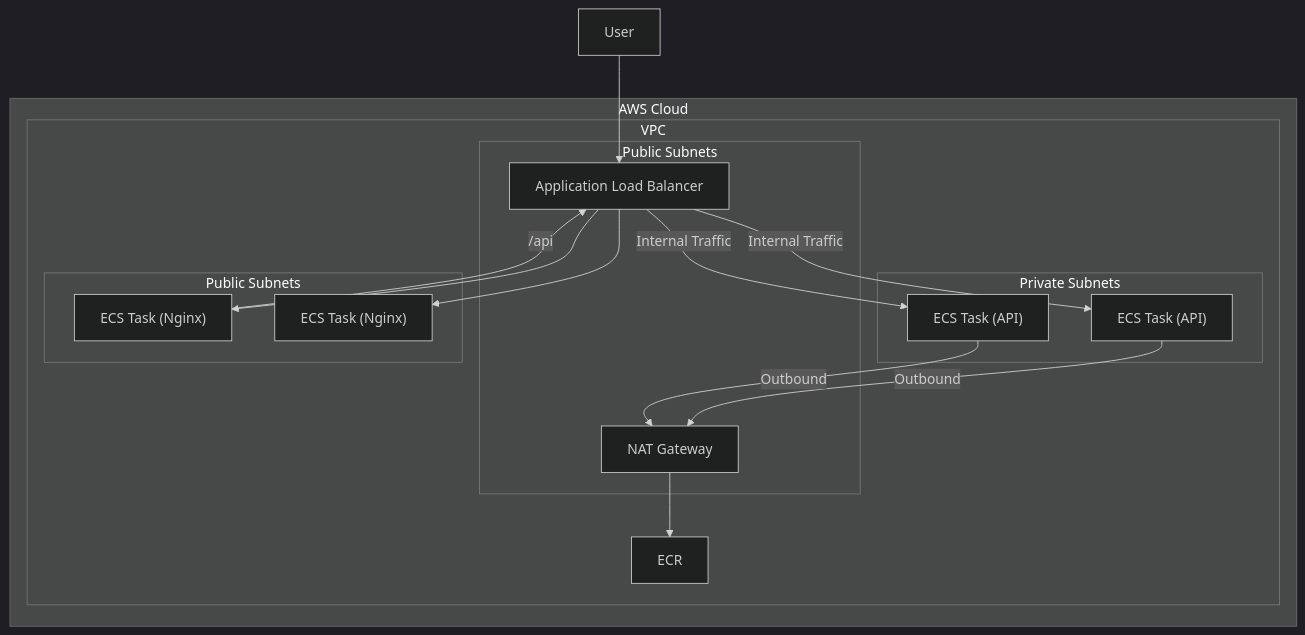
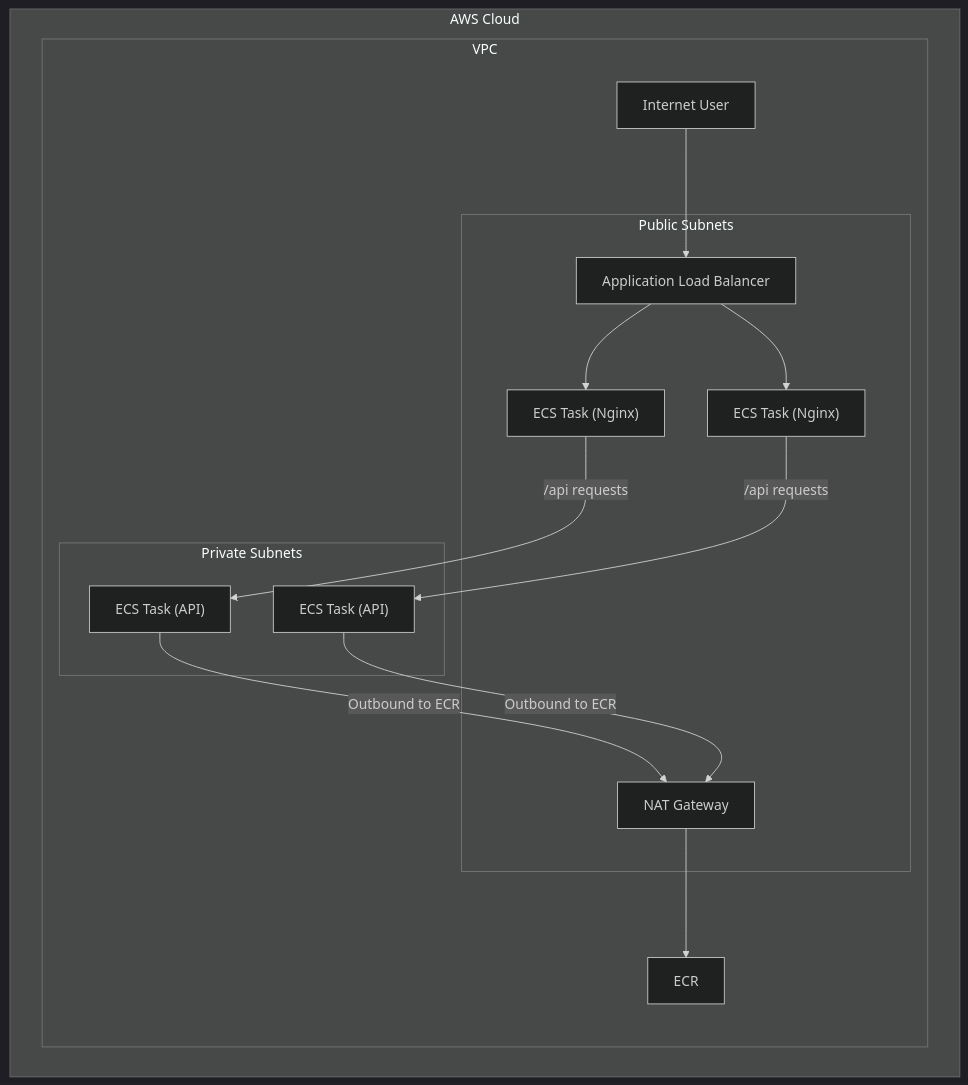
The second of 2 diagrams in docs/stage04.md (zhu-weijie/regitrack), drawn with Mermaid (dark theme) before and after one commit. The commit also changed other lines of this file, not shown here.

````diff
--- a/docs/stage04.md
+++ b/docs/stage04.md
@@ -7,31 +27,31 @@
 ```mermaid
 graph TD
   subgraph "AWS Cloud"
     ECR
     subgraph "VPC"
       subgraph "Public Subnets"
         ALB[Application Load Balancer]
         NAT[NAT Gateway]
+        NginxTaskA["ECS Task (Nginx)"]
+        NginxTaskB["ECS Task (Nginx)"]
       end
       subgraph "Private Subnets"
         ApiTaskA["ECS Task (API)"]
         ApiTaskB["ECS Task (API)"]
       end
-      subgraph "Public Subnets " 
-        NginxTaskA["ECS Task (Nginx)"]
-        NginxTaskB["ECS Task (Nginx)"]
-      end
       
+      User[Internet User] --> ALB
       ALB --> NginxTaskA
       ALB --> NginxTaskB
-      NginxTaskA -- "/api" --> ALB
+
+      %% Internal service-to-service communication
+      NginxTaskA -- "/api requests" --> ApiTaskA
+      NginxTaskB -- "/api requests" --> ApiTaskB
       
-      ALB -- "Internal Traffic" --> ApiTaskA
-      ALB -- "Internal Traffic" --> ApiTaskB
-      ApiTaskA -- "Outbound" --> NAT
-      ApiTaskB -- "Outbound" --> NAT
+      %% Outbound traffic from private subnets
+      ApiTaskA -- "Outbound to ECR" --> NAT
+      ApiTaskB -- "Outbound to ECR" --> NAT
       NAT --> ECR
     end
   end
-  User --> ALB
 ```
````
